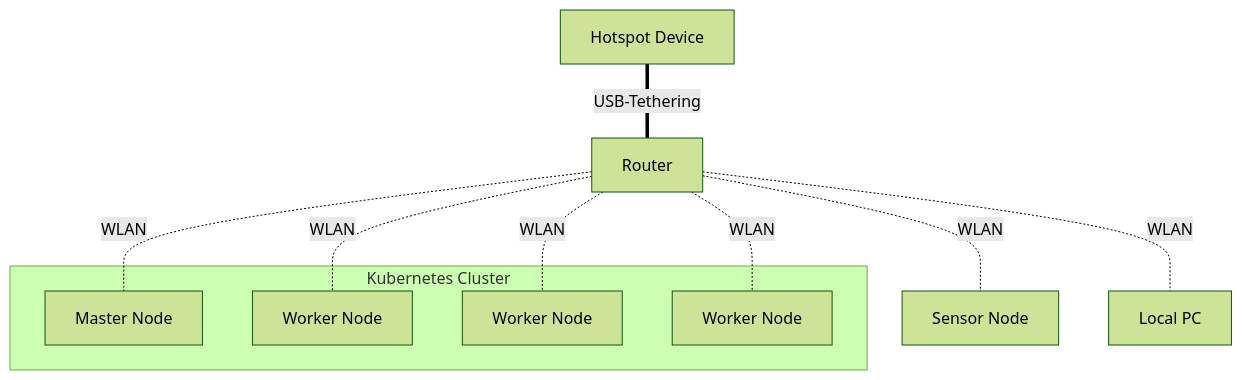
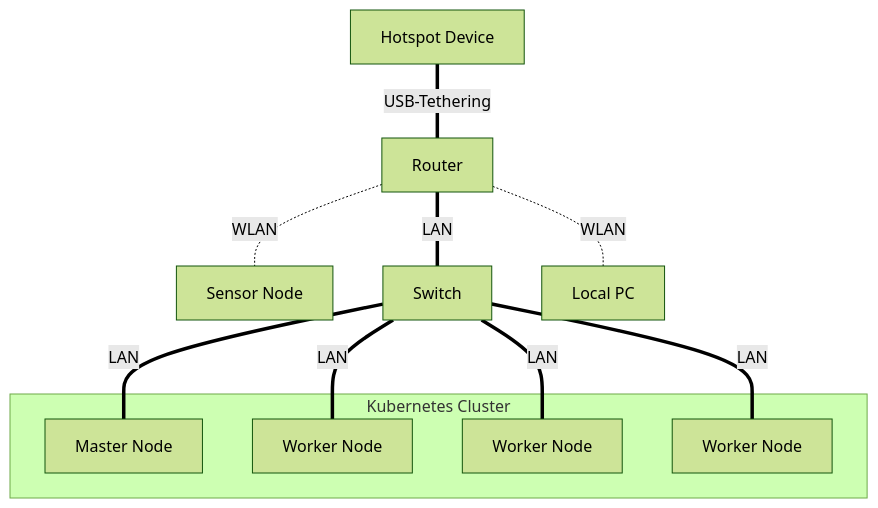
The first of 3 diagrams in docs/Group_2_SS23_ProjectReport.md (ccfrauasgr2/pet-detection), drawn with Mermaid (forest theme) before and after one commit. The commit also changed other lines of this file, not shown here.

````diff
--- a/docs/Group_2_SS23_ProjectReport.md
+++ b/docs/Group_2_SS23_ProjectReport.md
@@ -36,22 +36,23 @@
 ```mermaid
 flowchart TB
   hotspot[Hotspot Device]
   router[Router]
   sensornode[Sensor Node]
+  switch[Switch]
   
 
 
 subgraph cluster[Kubernetes Cluster]
   master[Master Node]
   worker1[Worker Node]
   worker2[Worker Node]
   worker3[Worker Node]
 end  
   
   localpc[Local PC]
 
   hotspot ==USB-Tethering=== router
-  router -. WLAN .- localpc & sensornode & master & worker1 & worker2 & worker3
-
+  router -. WLAN .- localpc & sensornode 
+  router ==LAN=== switch ==LAN=== master & worker1 & worker2 & worker3
 
 ```
````
